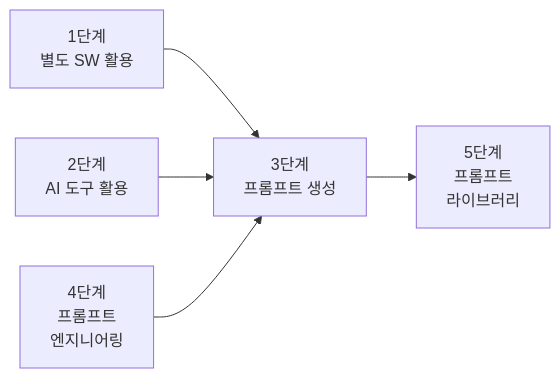
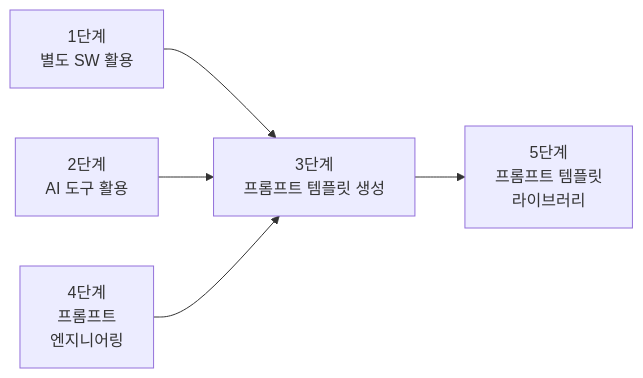
One commit to nugurejeil/weniVooks changed the first of 3 diagrams in _md/essentials-chatgpt/chapter03/03-1.md. Above: the diagram before and after it, drawn with Mermaid. The commit also changed other lines of this file, not shown here.

````diff
--- a/_md/essentials-chatgpt/chapter03/03-1.md
+++ b/_md/essentials-chatgpt/chapter03/03-1.md
@@ -43,7 +43,7 @@
 ```mermaid
 graph LR
     A[1단계<br/>별도 SW 활용] --> D[3단계<br/>프롬프트 생성]
     B[2단계<br/>AI 도구 활용] --> D[3단계<br/>프롬프트 생성]
-    C[4단계<br/>프롬프트<br/>엔지니어링] --> D[3단계<br/>프롬프트 생성]
-    D --> E[5단계<br/>프롬프트<br/>라이브러리]
+    C[4단계<br/>프롬프트<br/>엔지니어링] --> D[3단계<br/>프롬프트 템플릿 생성]
+    D --> E[5단계<br/>프롬프트 템플릿<br/>라이브러리]
 ```
````
